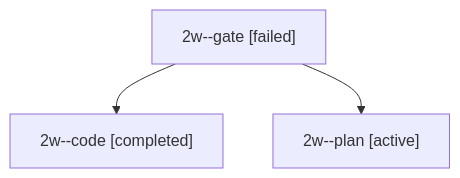
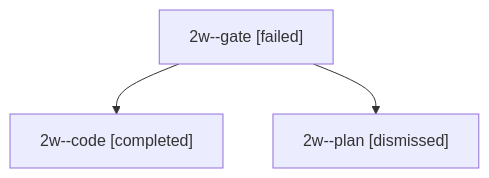
One commit to bobs-org/bob-cli--agents changed the diagram in sessions/bbugyi200.apollo.2w.md. Above: the diagram before and after it, drawn with Mermaid. The commit also changed other lines of this file and 17 other files, not shown here.

````diff
--- a/sessions/bbugyi200.apollo.2w.md
+++ b/sessions/bbugyi200.apollo.2w.md
@@ -9,8 +9,8 @@
 ```mermaid
 flowchart TD
   n0["2w--gate [failed]"]
   n1["2w--code [completed]"]
   n0 --> n1
-  n2["2w--plan [active]"]
+  n2["2w--plan [dismissed]"]
   n0 --> n2
 ```
````
